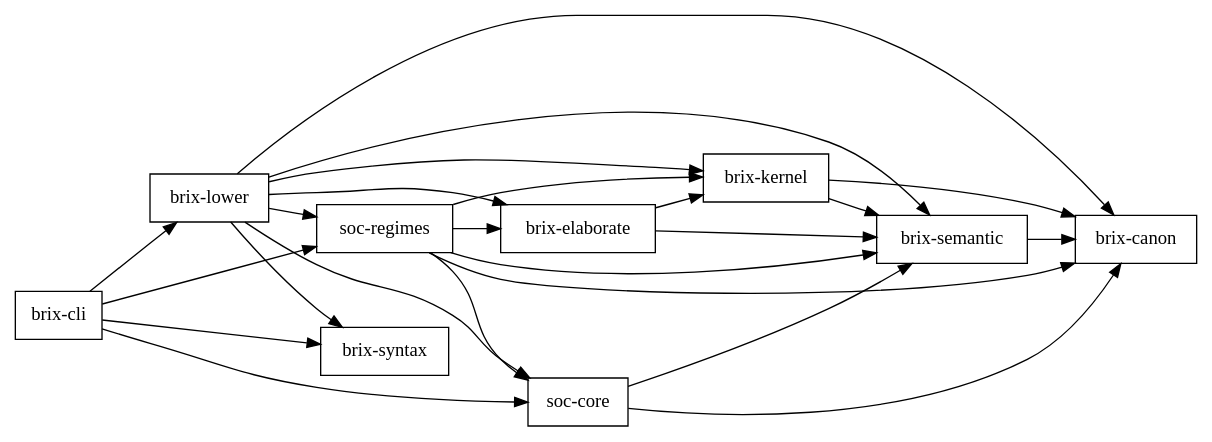
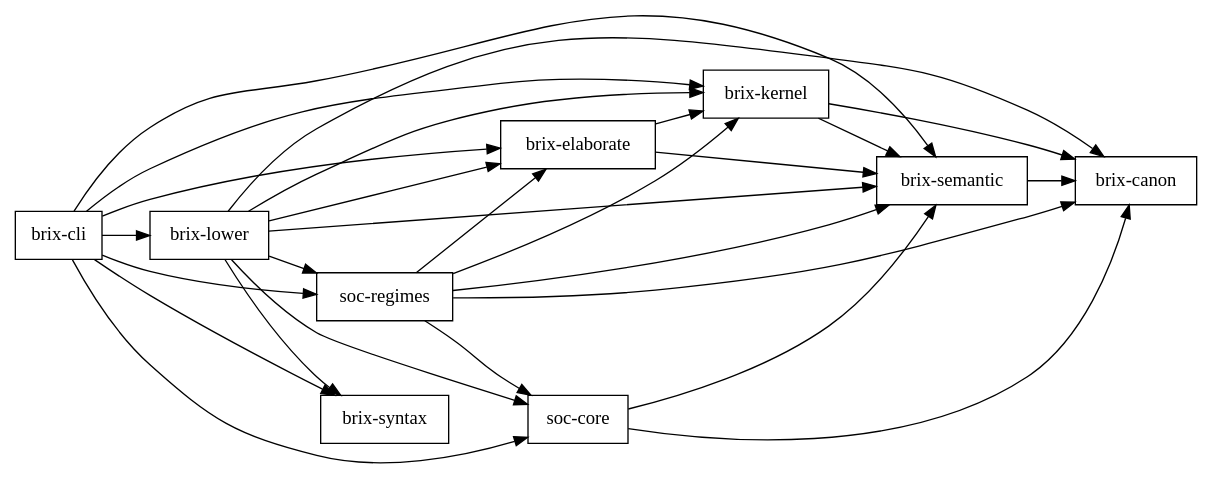
The diagram in docs/audit/issue-63/workspace-dependencies.dot (tbreijm/brixms), drawn with Graphviz before and after one commit. The commit also changed 6 other files, not shown here.

First line of the commit message:
brix-cli: L4 proof and explanation surface — prove/why/whynot (ADR-0010, #43)

```diff
--- a/docs/audit/issue-63/workspace-dependencies.dot
+++ b/docs/audit/issue-63/workspace-dependencies.dot
@@ -1,36 +1,39 @@
 digraph brixms_workspace {
   rankdir=LR;
   node [shape=box];
   "brix-canon";
   "brix-cli";
   "brix-elaborate";
   "brix-kernel";
   "brix-lower";
   "brix-semantic";
   "brix-syntax";
   "soc-core";
   "soc-regimes";
+  "brix-cli" -> "brix-elaborate";
+  "brix-cli" -> "brix-kernel";
   "brix-cli" -> "brix-lower";
+  "brix-cli" -> "brix-semantic";
   "brix-cli" -> "brix-syntax";
   "brix-cli" -> "soc-core";
   "brix-cli" -> "soc-regimes";
   "brix-elaborate" -> "brix-kernel";
   "brix-elaborate" -> "brix-semantic";
   "brix-kernel" -> "brix-canon";
   "brix-kernel" -> "brix-semantic";
   "brix-lower" -> "brix-canon";
   "brix-lower" -> "brix-elaborate";
   "brix-lower" -> "brix-kernel";
   "brix-lower" -> "brix-semantic";
   "brix-lower" -> "brix-syntax";
   "brix-lower" -> "soc-core";
   "brix-lower" -> "soc-regimes";
   "brix-semantic" -> "brix-canon";
   "soc-core" -> "brix-canon";
   "soc-core" -> "brix-semantic";
   "soc-regimes" -> "brix-canon";
   "soc-regimes" -> "brix-elaborate";
   "soc-regimes" -> "brix-kernel";
   "soc-regimes" -> "brix-semantic";
   "soc-regimes" -> "soc-core";
 }
```
